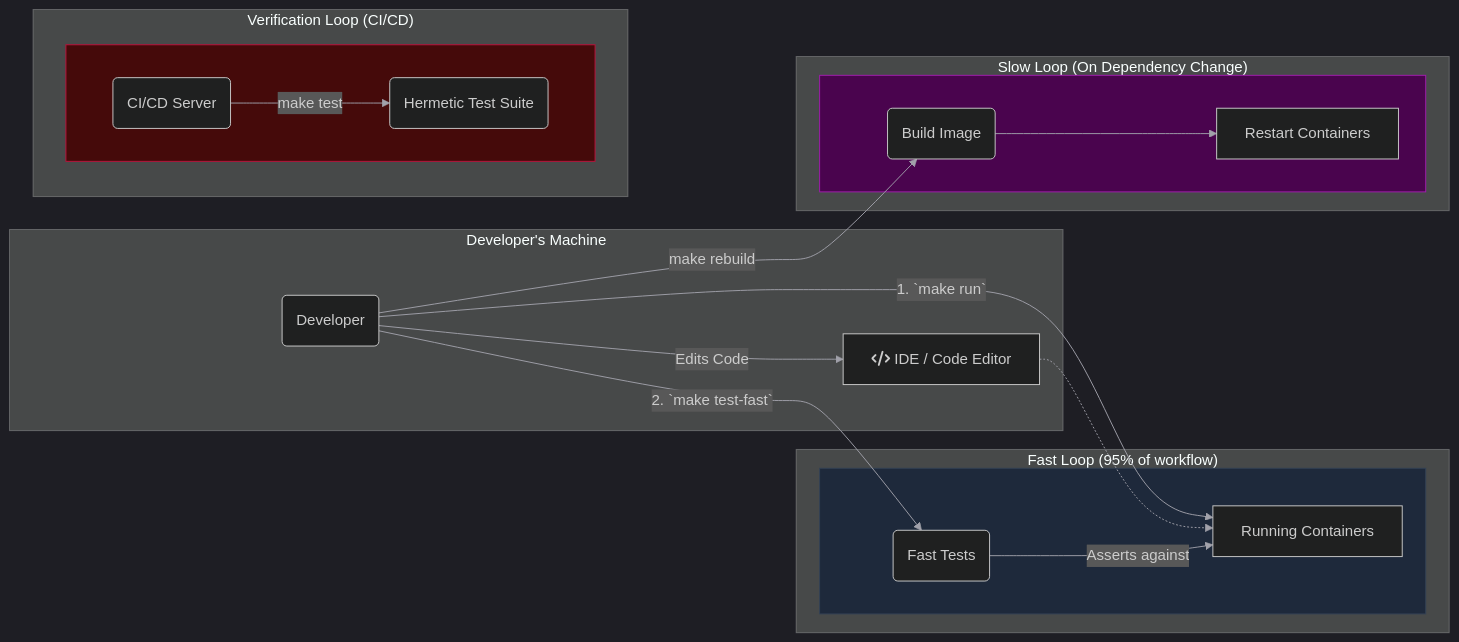
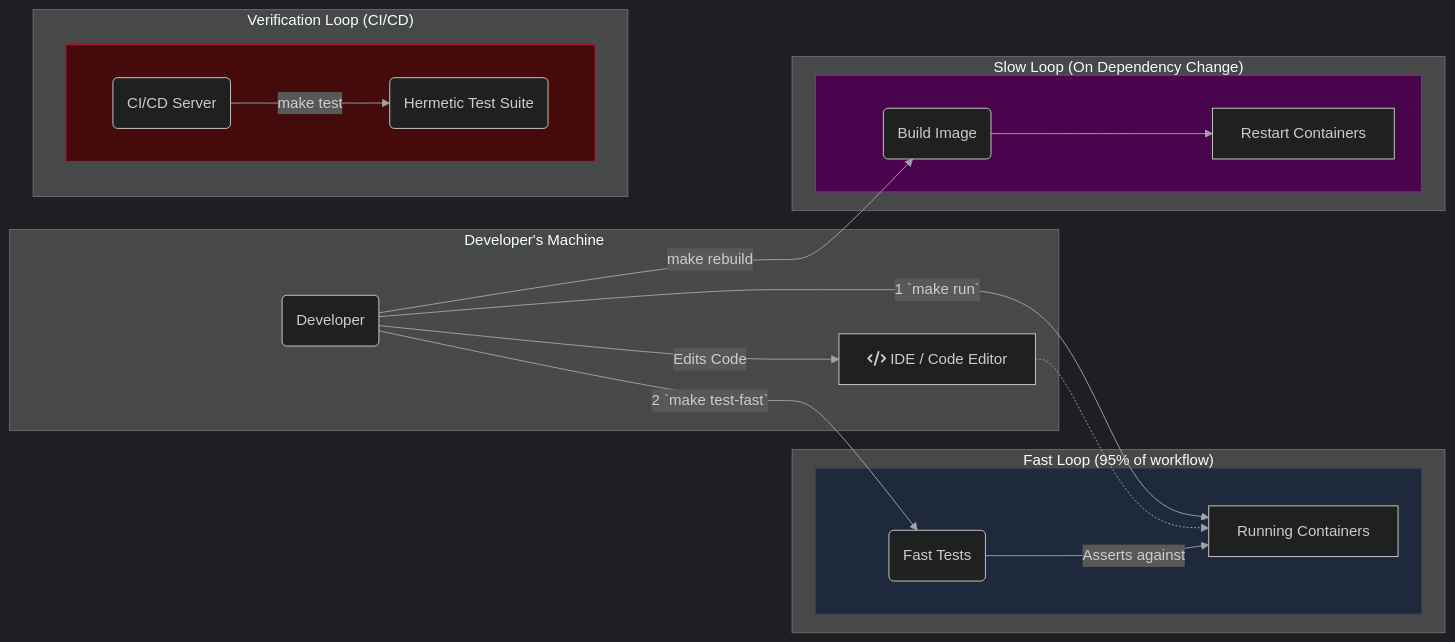
Before and after one commit to emergentcomplex/CHORUS: the third of 4 diagrams in README.md, drawn with Mermaid.

Commit message:
docs(readme): Reforge README into an evocative and inspiring manifesto
This commit transcends a simple documentation update. It recasts the project's `README.md` from a dry technical summary into an evocative manifesto, designed to capture the zeitgeist of the CHORUS mission and inspire a new generation of contributors.

The core of this change is a shift from rigid, numbered lists to a fluid, narrative structure. The architecture is now presented through four distinct, aesthetically styled "Views," each revealing a different layer of the system's soul:

-   **The Judgment Process (The "Why"):** The logical flow of the AI council.
-   **The Dataflow Engine (The "How"):** The physical journey of data.
-   **The Development Praxis (The "Trust"):** The philosophy of our workflow.
-   **The Recursive Heart (The "Future"):** The vision for a self-learning system.

By weaving our mission, our philosophy, and our technical architecture into a single, compelling narrative, this new README now serves as a true entrypoint to the project's ethos. It is no longer just a guide; it is an invitation to join a grand endeavor.

````diff
--- a/README.md
+++ b/README.md
@@ -111,31 +111,31 @@
 ```mermaid
 %%{init: {'theme': 'dark', 'themeVariables': { 'primaryColor': '#d946ef', 'primaryTextColor': '#ffffff', 'lineColor': '#a1a1aa'}}}%%
 graph LR
     subgraph "Developer's Machine"
         Dev(Developer) -- "Edits Code" --> Editor[<i class='fa fa-code'></i> IDE / Code Editor]
     end
 
     subgraph "Fast Loop (95% of workflow)"
         style FastLoop fill:#1e293b,stroke:#334155
         subgraph FastLoop [ ]
-            Dev -- "1. `make run`" --> C[Running Containers]
+            Dev -- "1 `make run`" --> C[Running Containers]
             Editor -.-> C
-            Dev -- "2. `make test-fast`" --> T1(Fast Tests)
+            Dev -- "2 `make test-fast`" --> T1(Fast Tests)
             T1 -- "Asserts against" --> C
         end
     end
     
     subgraph "Slow Loop (On Dependency Change)"
         style SlowLoop fill:#4a044e,stroke:#a21caf
         subgraph SlowLoop [ ]
             Dev -- "`make rebuild`" --> B(Build Image) --> C2[Restart Containers]
         end
     end
 
     subgraph "Verification Loop (CI/CD)"
         style VerificationLoop fill:#450a0a,stroke:#be123c
         subgraph VerificationLoop [ ]
             CI(CI/CD Server) -- "`make test`" --> T2(Hermetic Test Suite)
         end
     end
 ```
````
